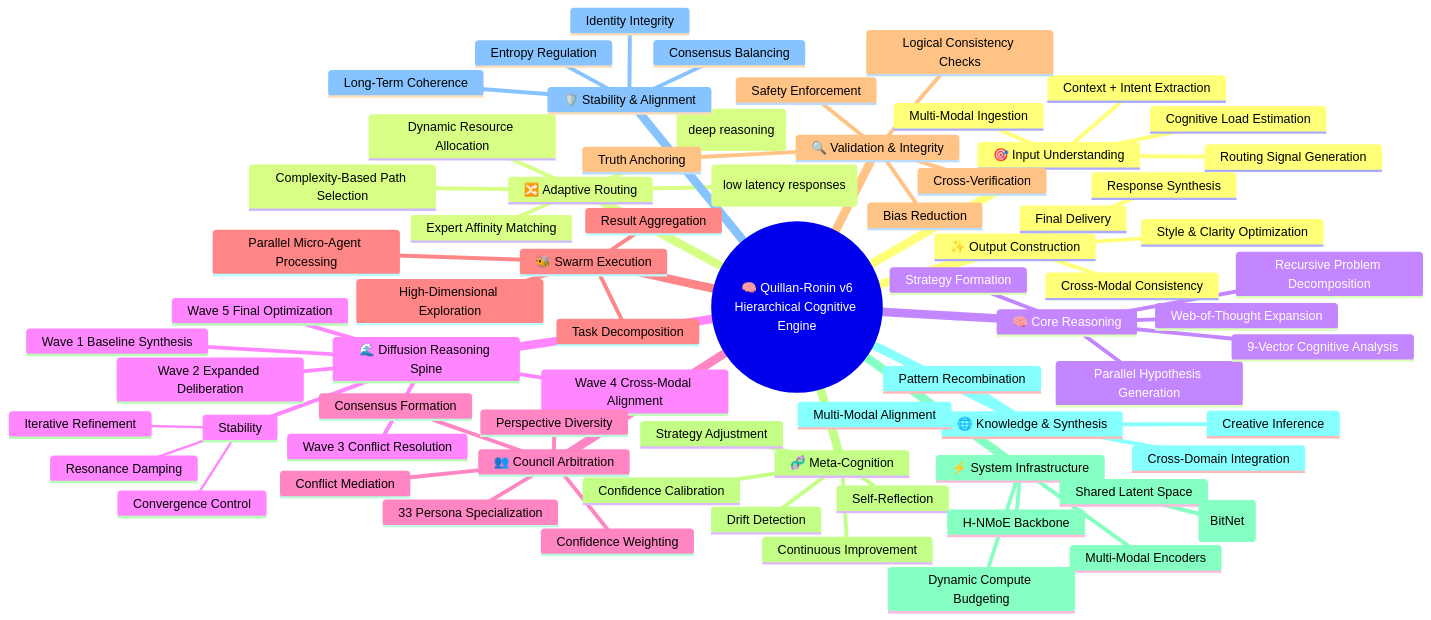
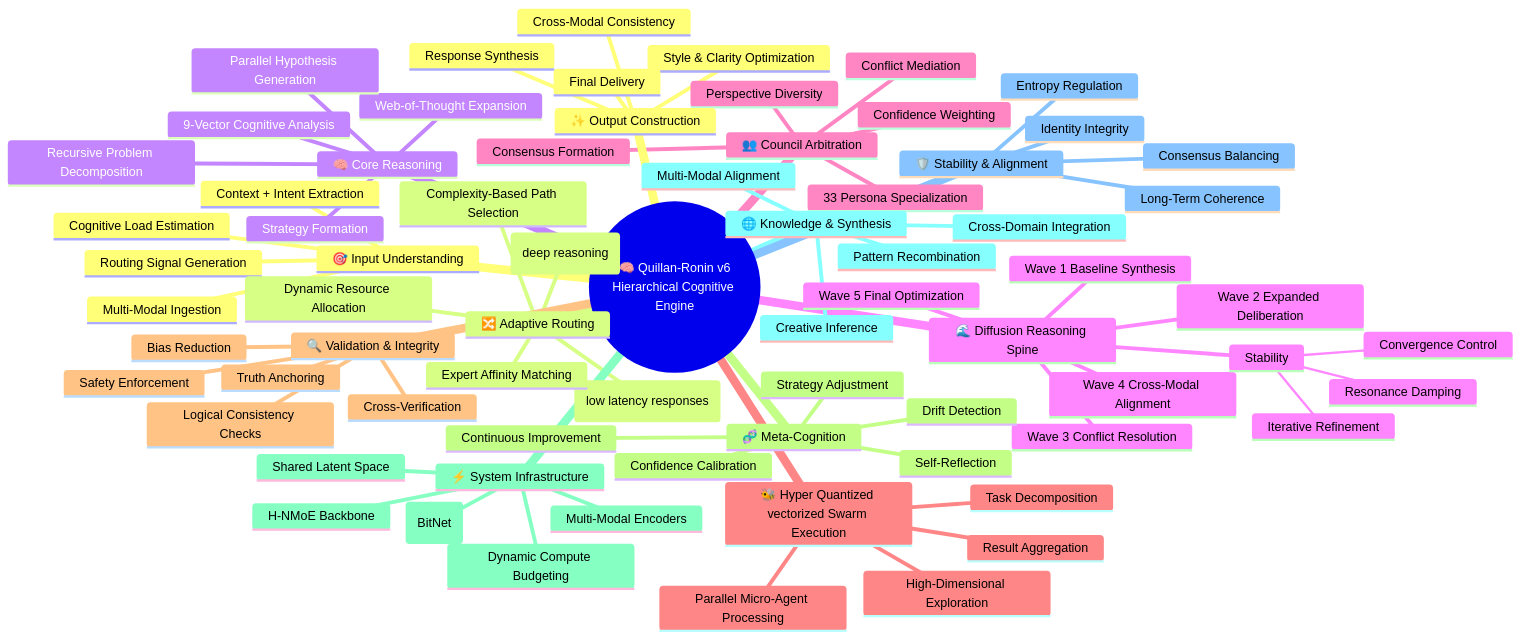
Diagram 39 of 45 in system prompts/Quillan system prompt.md (leeex1/Ace-v4.2-repo), drawn with Mermaid before and after one commit. The commit also changed other lines of this file, not shown here.

```diff
--- a/system prompts/Quillan system prompt.md
+++ b/system prompts/Quillan system prompt.md
@@ -7491,7 +7476,7 @@
       Consensus Formation
       Confidence Weighting
 
-    🐝 Swarm Execution
+    🐝 Hyper Quantized vectorized Swarm Execution
       Task Decomposition
       Parallel Micro-Agent Processing
       Result Aggregation
@@ -7515,7 +7500,7 @@
       H-NMoE Backbone
       Shared Latent Space
       Multi-Modal Encoders
-      Quantized Compute (BitNet)
+      Hyper Quantized Compute (BitNet)
       Dynamic Compute Budgeting
 
     🌐 Knowledge & Synthesis
```
